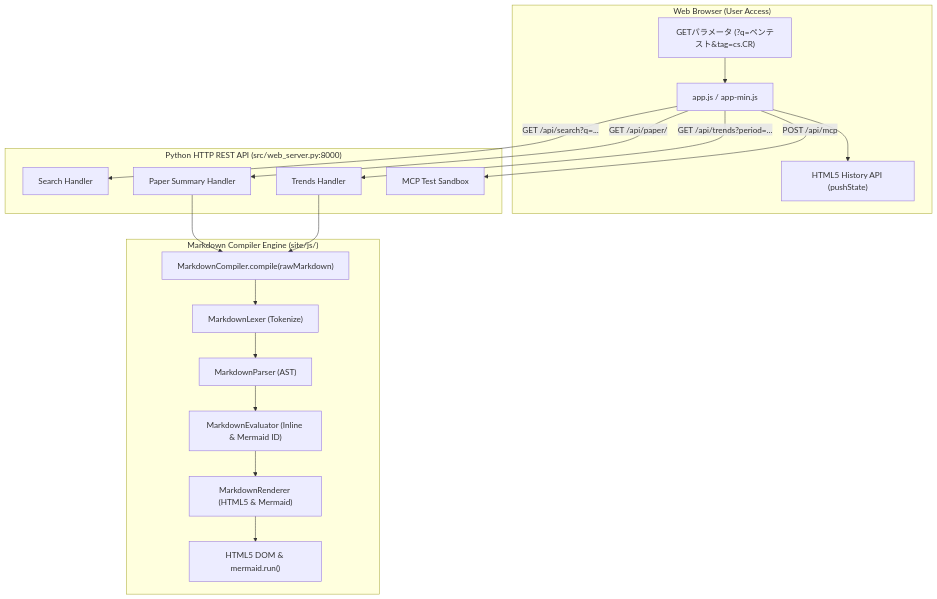
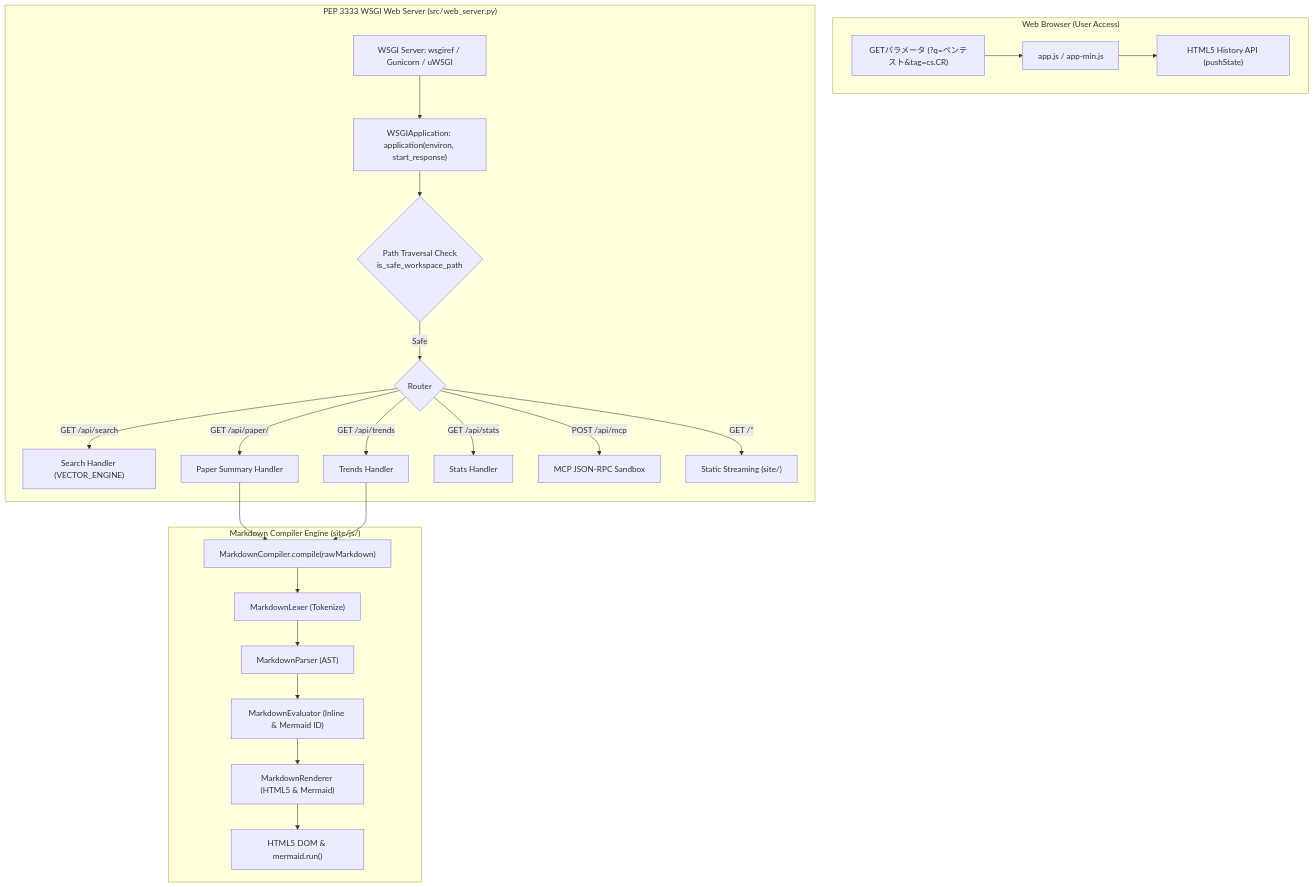
The diagram in docs/designs/DSN-07-web_portal_and_markdown_compiler.md (rokujyouhitoma/arxiv-security-papers), drawn with Mermaid before and after one commit. The commit also changed other lines of this file and 6 other files, not shown here.

Commit message:
feat(server): implement PEP 3333 WSGI interface for web and MCP server (Issue #007)

````diff
--- a/docs/designs/DSN-07-web_portal_and_markdown_compiler.md
+++ b/docs/designs/DSN-07-web_portal_and_markdown_compiler.md
@@ -11,23 +11,28 @@
 ```mermaid
 flowchart TD
     subgraph Browser ["Web Browser (User Access)"]
         URL["GETパラメータ (?q=ペンテスト&tag=cs.CR)"] --> JS["app.js / app-min.js"]
         JS --> State["HTML5 History API (pushState)"]
     end
 
-    subgraph WebServer ["Python HTTP REST API (src/web_server.py:8000)"]
-        JS -->|GET /api/search?q=...| API1["Search Handler"]
-        JS -->|GET /api/paper/<id>| API2["Paper Summary Handler"]
-        JS -->|GET /api/trends?period=...| API3["Trends Handler"]
-        JS -->|POST /api/mcp| API4["MCP Test Sandbox"]
+    subgraph WebServer ["PEP 3333 WSGI Web Server (src/web_server.py)"]
+        WSGI["WSGI Server: wsgiref / Gunicorn / uWSGI"] --> App["WSGIApplication: application(environ, start_response)"]
+        App --> SecurityGuard{"Path Traversal Check\nis_safe_workspace_path"}
+        SecurityGuard -->|Safe| Dispatcher{Router}
+        Dispatcher -->|GET /api/search| API1["Search Handler (VECTOR_ENGINE)"]
+        Dispatcher -->|GET /api/paper/<id>| API2["Paper Summary Handler"]
+        Dispatcher -->|GET /api/trends| API3["Trends Handler"]
+        Dispatcher -->|GET /api/stats| API4["Stats Handler"]
+        Dispatcher -->|POST /api/mcp| API5["MCP JSON-RPC Sandbox"]
+        Dispatcher -->|GET /*| Static["Static Streaming (site/)"]
     end
 
     subgraph ClientCompiler ["Markdown Compiler Engine (site/js/)"]
         API2 & API3 --> Compiler["MarkdownCompiler.compile(rawMarkdown)"]
         Compiler --> Lexer["MarkdownLexer (Tokenize)"]
         Lexer --> Parser["MarkdownParser (AST)"]
         Parser --> Evaluator["MarkdownEvaluator (Inline & Mermaid ID)"]
         Evaluator --> Renderer["MarkdownRenderer (HTML5 & Mermaid)"]
         Renderer --> DOM["HTML5 DOM & mermaid.run()"]
     end
 ```
````
